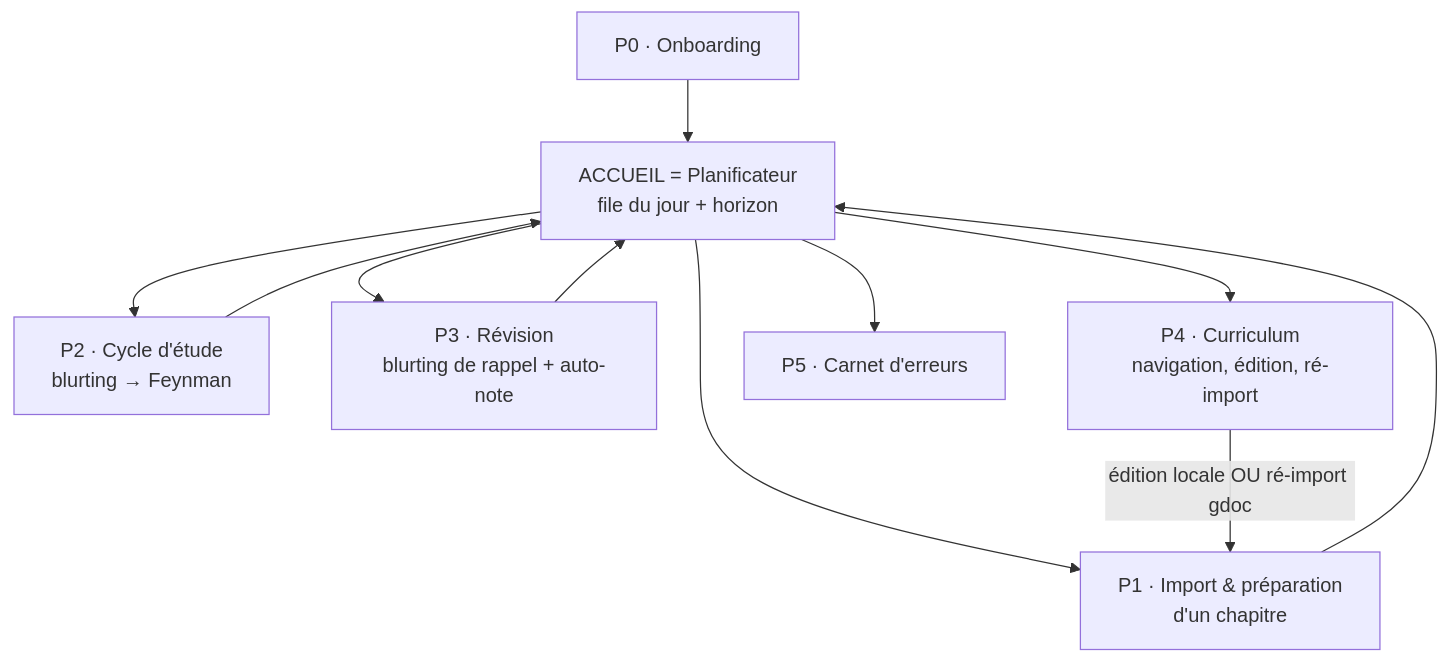
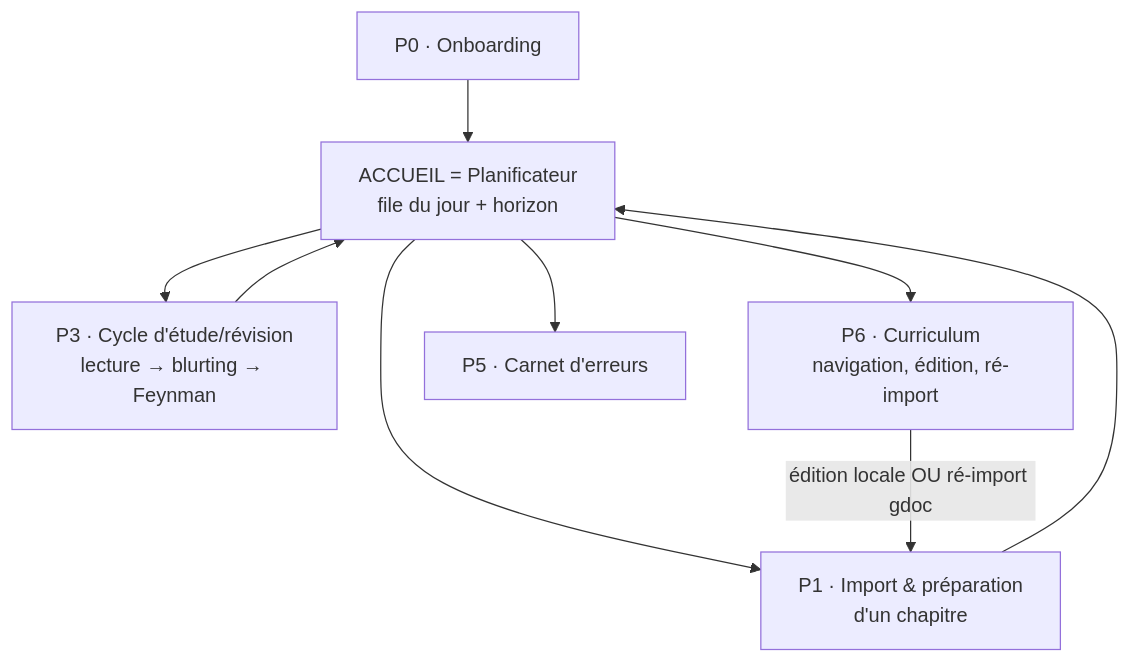
One commit to adaubry/learning-suite changed the diagram in src/docs/USER_FLOW.md. Above: the diagram before and after it, drawn with Mermaid. The commit also changed other lines of this file and 44 other files, not shown here.

First line of the commit message:
refactor(etude): fusionne les cycles étude/révision en un cycle unique noté FSRS [S4, S6]

````diff
--- a/src/docs/USER_FLOW.md
+++ b/src/docs/USER_FLOW.md
@@ -12,13 +12,11 @@
 ```mermaid
 flowchart TB
   ONB[P0 · Onboarding] --> HOME
   HOME[ACCUEIL = Planificateur<br/>file du jour + horizon] --> IMP[P1 · Import & préparation<br/>d'un chapitre]
-  HOME --> ETU[P2 · Cycle d'étude<br/>blurting → Feynman]
-  HOME --> REV[P3 · Révision<br/>blurting de rappel + auto-note]
-  HOME --> CUR[P4 · Curriculum<br/>navigation, édition, ré-import]
+  HOME --> ETU[P3 · Cycle d'étude/révision<br/>lecture → blurting → Feynman]
+  HOME --> CUR[P6 · Curriculum<br/>navigation, édition, ré-import]
   HOME --> ERR[P5 · Carnet d'erreurs]
   IMP --> HOME
   ETU --> HOME
-  REV --> HOME
   CUR -->|édition locale OU ré-import gdoc| IMP
 ```
````
